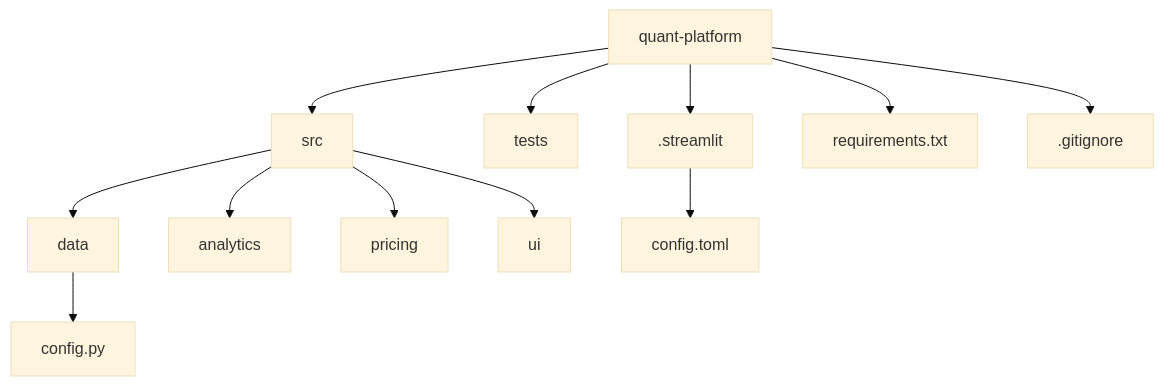
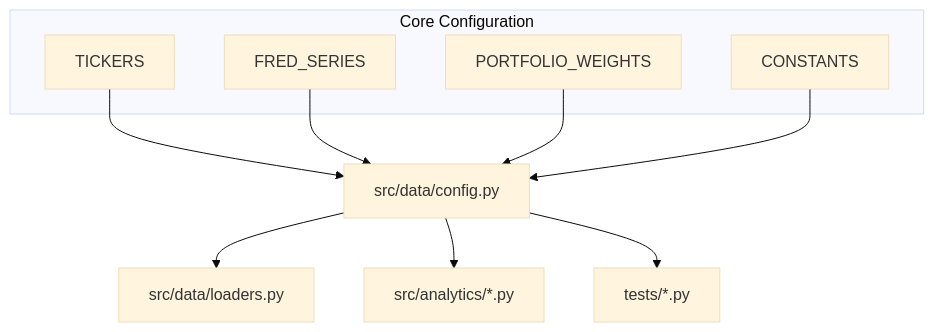
The first of 3 diagrams in README.md (sh-arka22/QUANTEDGE-ML-Enhanced-Derivatives-Hedging-Platform), drawn with Mermaid (base theme) before and after one commit. The commit also changed other lines of this file, not shown here.

````diff
--- a/README.md
+++ b/README.md
@@ -30,16 +60,18 @@
 ```mermaid
 graph TD
-    A[quant-platform] --> B[src];
-    A --> C[tests];
-    A --> D[.streamlit];
-    A --> E[requirements.txt];
-    A --> F[.gitignore];
-
-    B --> B1[data];
-    B --> B2[analytics];
-    B --> B3[pricing];
-    B --> B4[ui];
-
-    B1 --> B1a[config.py];
-    D --> Da[config.toml];
+    Config[src/data/config.py] --> Loaders[src/data/loaders.py]
+    Config --> Analytics[src/analytics/*.py]
+    Config --> Tests[tests/*.py]
+    
+    subgraph Core Configuration
+        Diff[TICKERS]
+        Fred[FRED_SERIES]
+        Weights[PORTFOLIO_WEIGHTS]
+        Const[CONSTANTS]
+    end
+    
+    Diff --> Config
+    Fred --> Config
+    Weights --> Config
+    Const --> Config
 ```
````
